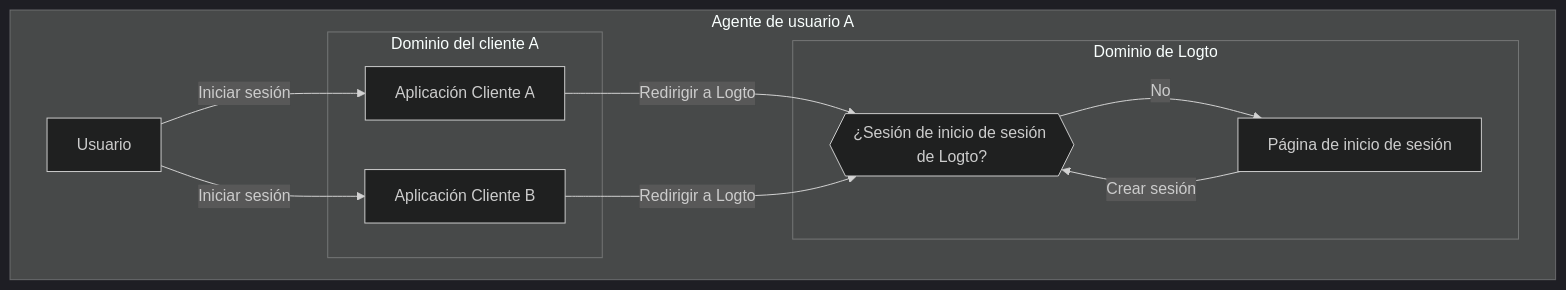
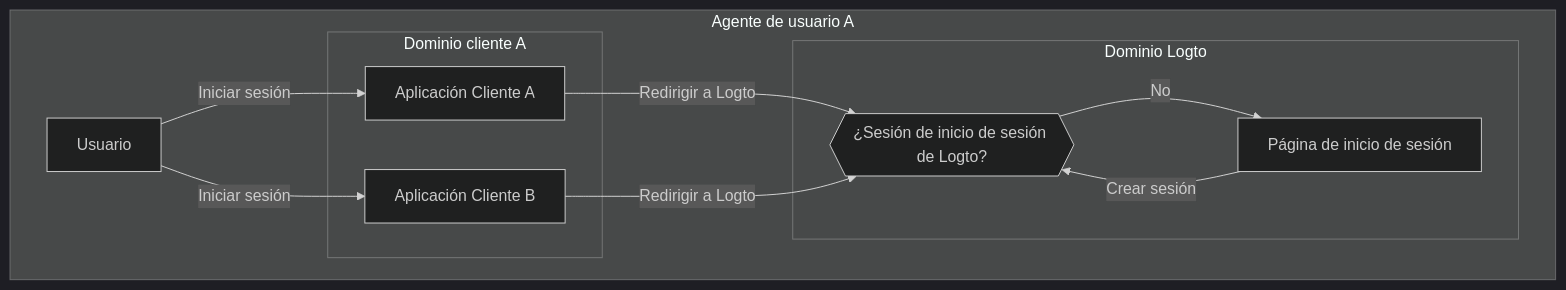
One commit to logto-io/docs changed the second of 3 diagrams in i18n/es/docusaurus-plugin-content-docs/current/end-user-flows/sign-out.mdx. Above: the diagram before and after it, drawn with Mermaid (dark theme). The commit also changed other lines of this file and 162 other files, not shown here.

````diff
--- a/i18n/es/docusaurus-plugin-content-docs/current/end-user-flows/sign-out.mdx
+++ b/i18n/es/docusaurus-plugin-content-docs/current/end-user-flows/sign-out.mdx
@@ -59,26 +59,26 @@
    ```mermaid
     flowchart TD
     subgraph User [Agente de usuario A]
       U[Usuario]
 
-      subgraph Layer1 [Dominio del cliente A]
+      subgraph Layer1 [Dominio cliente A]
         A[Aplicación Cliente A]
       end
 
-      subgraph Layer1 [Dominio del cliente B]
+      subgraph Layer1 [Dominio cliente B]
         B[Aplicación Cliente B]
       end
 
-      subgraph Layer2 [Dominio de Logto]
+      subgraph Layer2 [Dominio Logto]
           C{{¿Sesión de inicio de sesión de Logto?}}
           D[Página de inicio de sesión]
       end
     end
 
     U --> |Iniciar sesión| A
     A --> |Redirigir a Logto| C
     U --> |Iniciar sesión| B
     B --> |Redirigir a Logto| C
     C --> |No| D
     D --> |Crear sesión| C
    ```
````
